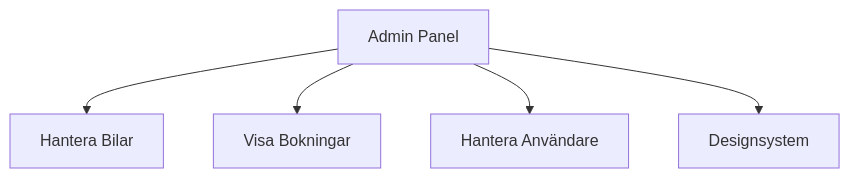
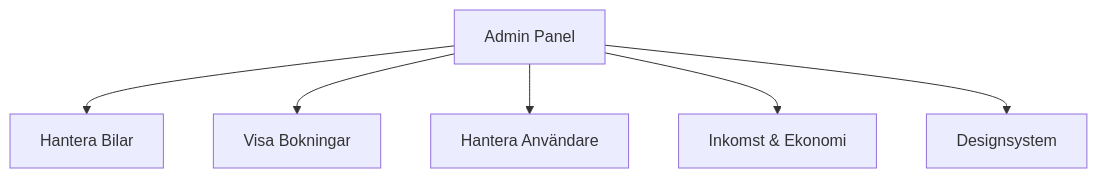
The second of 2 diagrams in Javascript.md (alexwest1981/WigellCarRental), drawn with Mermaid before and after one commit. The commit also changed other lines of this file and 3 other files, not shown here.

Commit message:
Implement return and payment flow, customer 404 safety fallback, search index, and admin Ekonomi dashboard with JSON export

````diff
--- a/Javascript.md
+++ b/Javascript.md
@@ -104,7 +104,8 @@
 ```mermaid
 graph TD
     Admin[Admin Panel] --> Cars[Hantera Bilar]
     Admin --> Bookings[Visa Bokningar]
     Admin --> Users[Hantera Användare]
+    Admin --> Revenue[Inkomst & Ekonomi]
     Admin --> Styleguide[Designsystem]
 ```
````
